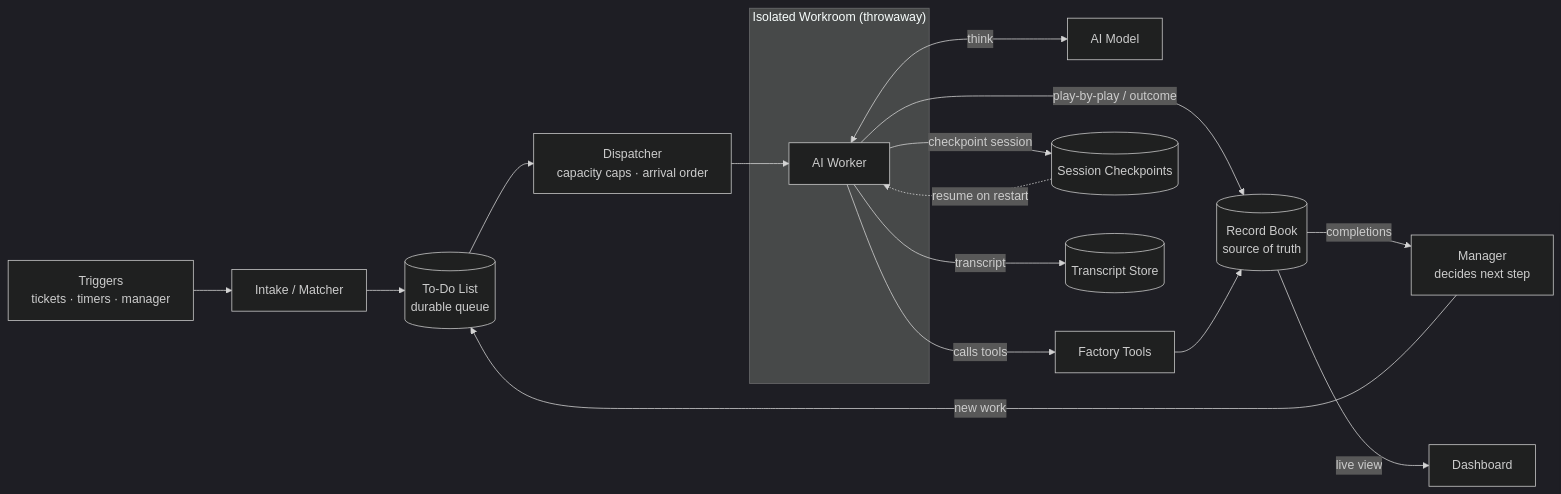
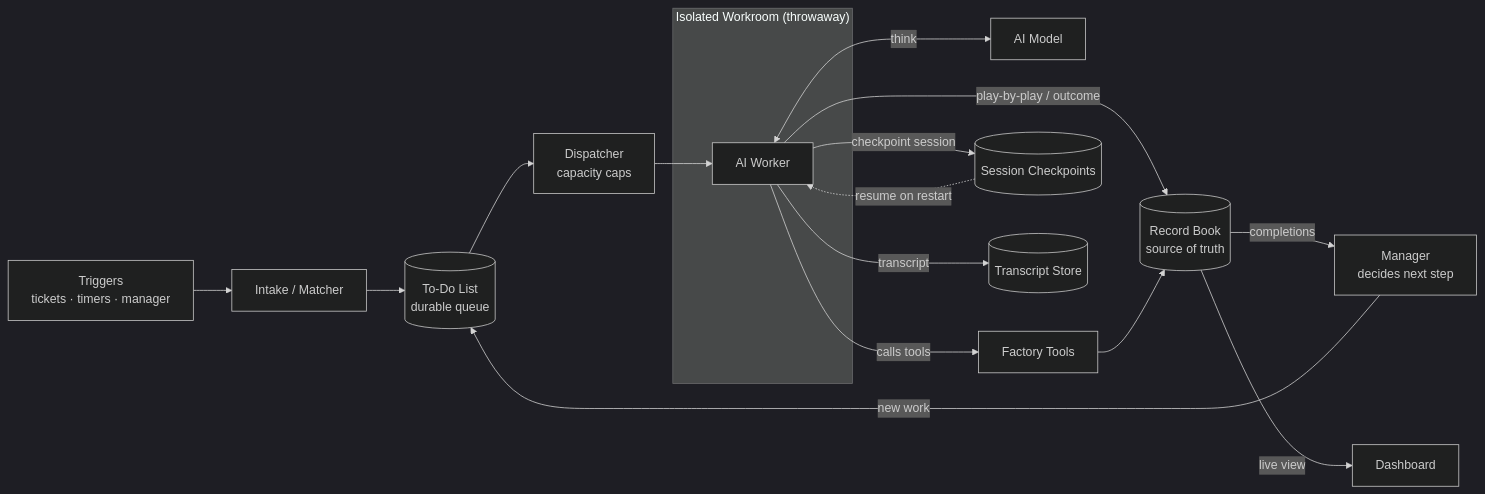
Before and after one commit to prezaei/simplefactory: the diagram in docs/factory-product-spec.md, drawn with Mermaid (dark theme). The commit also changed other lines of this file, not shown here.

````diff
--- a/docs/factory-product-spec.md
+++ b/docs/factory-product-spec.md
@@ -99,20 +98,20 @@
 ```mermaid
 flowchart LR
     T["Triggers<br/>tickets · timers · manager"] --> I["Intake / Matcher"]
     I --> Q[("To-Do List<br/>durable queue")]
-    Q --> D["Dispatcher<br/>capacity caps · arrival order"]
+    Q --> D["Dispatcher<br/>capacity caps"]
     D --> A
     subgraph Workroom["Isolated Workroom (throwaway)"]
       A["AI Worker"]
     end
     A <-->|think| M["AI Model"]
     A -->|calls tools| TA["Factory Tools"]
     A -->|checkpoint session| CP[("Session Checkpoints")]
     CP -.->|resume on restart| A
     A -->|transcript| AR[("Transcript Store")]
     A -->|play-by-play / outcome| R[("Record Book<br/>source of truth")]
     TA --> R
     R -->|completions| MG["Manager<br/>decides next step"]
     MG -->|new work| Q
     R -->|live view| DB["Dashboard"]
 ```
````
